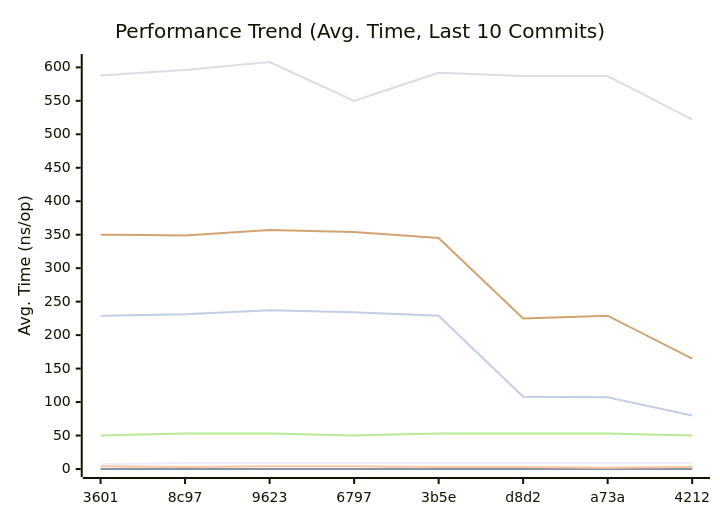
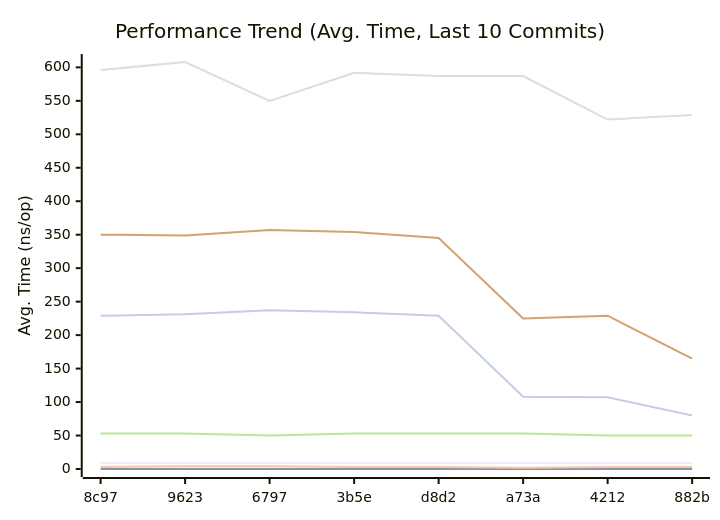
Before and after one commit to alsotoes/momo: the first of 3 diagrams in docs/README.md, drawn with Mermaid. The commit also changed other lines of this file and 1 other file, not shown here.

````diff
--- a/docs/README.md
+++ b/docs/README.md
@@ -303,14 +303,14 @@
 ```mermaid
 xychart-beta
     title "Performance Trend (Avg. Time, Last 10 Commits)"
     x-axis "Commit"
     y-axis "Avg. Time (ns/op)"
-    x-axis [3601,8c97,9623,6797,3b5e,d8d2,a73a,4212]
-    line "CheckMetricsAndSwap" [7,9,9,9,9,9,9,9,9,7]
+    x-axis [8c97,9623,6797,3b5e,d8d2,a73a,4212,882b]
+    line "CheckMetricsAndSwap" [9,9,9,9,9,9,9,9,7,9]
     line "IndexDirectTracking" [0,0,0,0,0,0,0,0,0,0]
-    line "IndexSearch" [4,3,4,4,3,3,2,3,3,2]
-    line "LoadGlobalConfig" [588,596,608,550,592,587,587,522,529,427]
-    line "PadString" [50,53,53,50,53,53,53,50,50,40]
+    line "IndexSearch" [3,4,4,3,3,2,3,3,2,2]
+    line "LoadGlobalConfig" [596,608,550,592,587,587,522,529,427,591]
+    line "PadString" [53,53,50,53,53,53,50,50,40,53]
     line "ParseReplicationOrder_NoPrealloc" [350,349,357,354,345,225,229,165,232,234]
     line "ParseReplicationOrder_Prealloc" [229,231,237,234,229,108,107,80,110,109]
 ```
````
